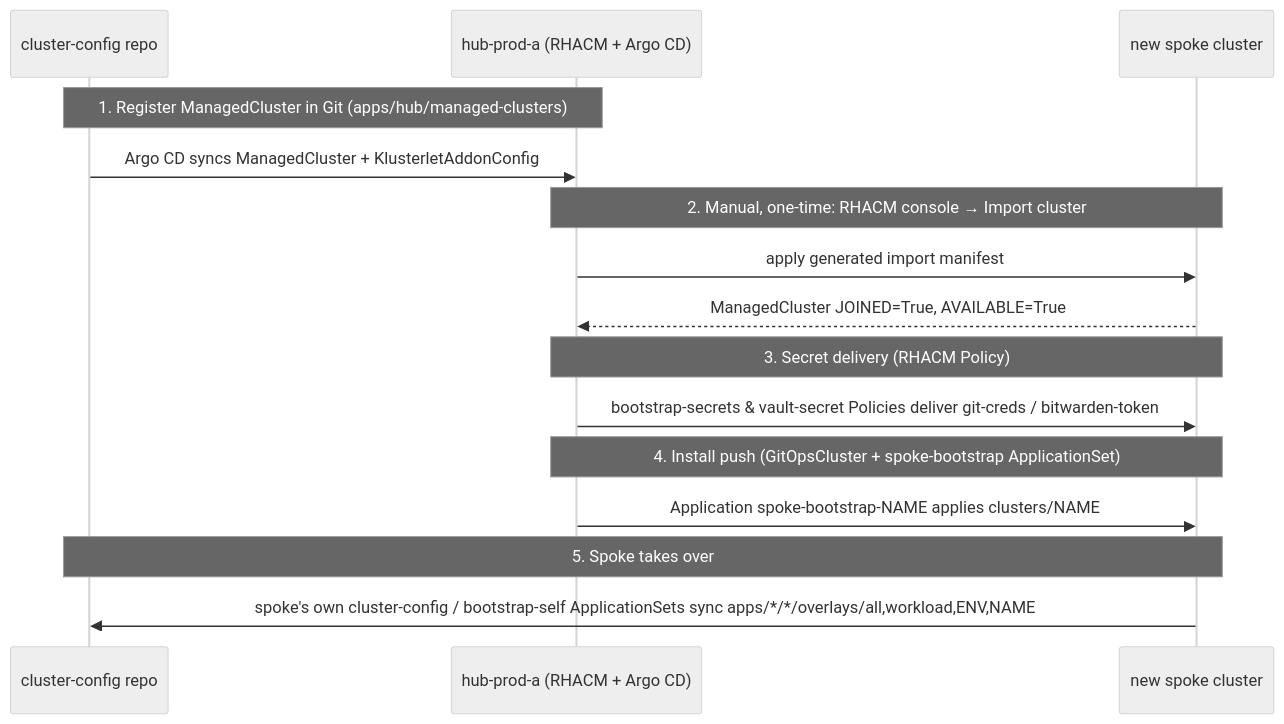
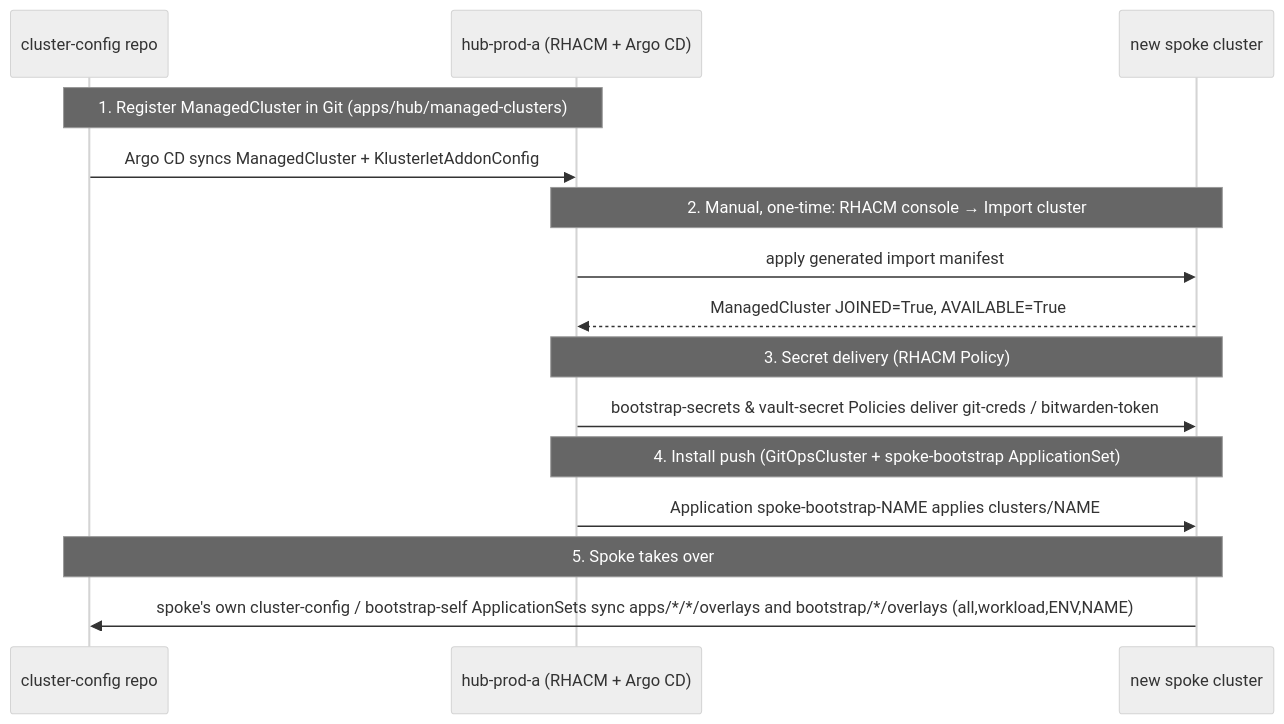
The second of 2 diagrams in README.md (ayjM6/cluster-config), drawn with Mermaid (neutral theme) before and after one commit. The commit also changed other lines of this file and 26 other files, not shown here.

````diff
--- a/README.md
+++ b/README.md
@@ -329,18 +330,18 @@
 ```mermaid
 sequenceDiagram
     participant Git as cluster-config repo
     participant Hub as hub-prod-a (RHACM + Argo CD)
     participant Spoke as new spoke cluster
 
     Note over Git,Hub: 1. Register ManagedCluster in Git (apps/hub/managed-clusters)
     Git ->> Hub: Argo CD syncs ManagedCluster + KlusterletAddonConfig
     Note over Hub,Spoke: 2. Manual, one-time: RHACM console → Import cluster
     Hub ->> Spoke: apply generated import manifest
     Spoke -->> Hub: ManagedCluster JOINED=True, AVAILABLE=True
     Note over Hub,Spoke: 3. Secret delivery (RHACM Policy)
     Hub ->> Spoke: bootstrap-secrets & vault-secret Policies deliver git-creds / bitwarden-token
     Note over Hub,Spoke: 4. Install push (GitOpsCluster + spoke-bootstrap ApplicationSet)
     Hub ->> Spoke: Application spoke-bootstrap-NAME applies clusters/NAME
     Note over Spoke,Git: 5. Spoke takes over
-    Spoke ->> Git: spoke's own cluster-config / bootstrap-self ApplicationSets sync apps/*/*/overlays/all,workload,ENV,NAME
+    Spoke ->> Git: spoke's own cluster-config / bootstrap-self ApplicationSets sync apps/*/*/overlays and bootstrap/*/overlays (all,workload,ENV,NAME)
 ```
````
